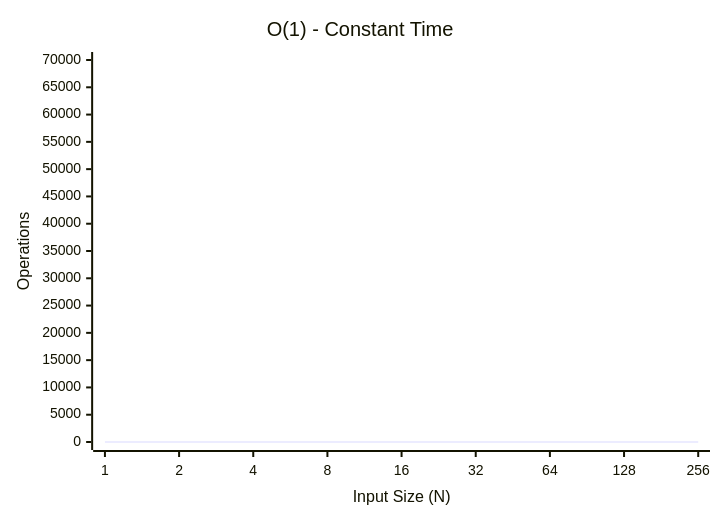
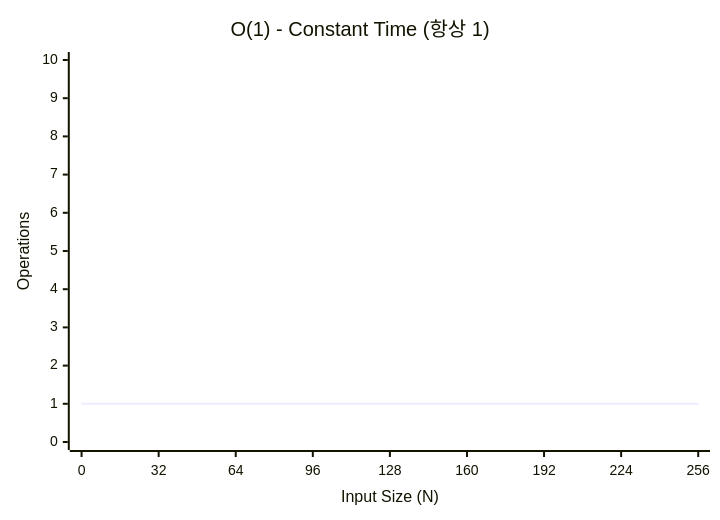
The first of 6 diagrams in 01_inbox/algorithm/algo-complexity-and-big-o.md (youngmin-gwon/what-i-studied), drawn with Mermaid before and after one commit. The commit also changed other lines of this file, not shown here.

````diff
--- a/01_inbox/algorithm/algo-complexity-and-big-o.md
+++ b/01_inbox/algorithm/algo-complexity-and-big-o.md
@@ -52,7 +52,7 @@
 ```mermaid
 xychart-beta
-    title "O(1) - Constant Time"
-    x-axis "Input Size (N)" [1, 2, 4, 8, 16, 32, 64, 128, 256]
-    y-axis "Operations" 0 --> 70000
+    title "O(1) - Constant Time (항상 1)"
+    x-axis "Input Size (N)" [0, 32, 64, 96, 128, 160, 192, 224, 256]
+    y-axis "Operations" 0 --> 10
     line "O(1)" [1, 1, 1, 1, 1, 1, 1, 1, 1]
 ```
````
